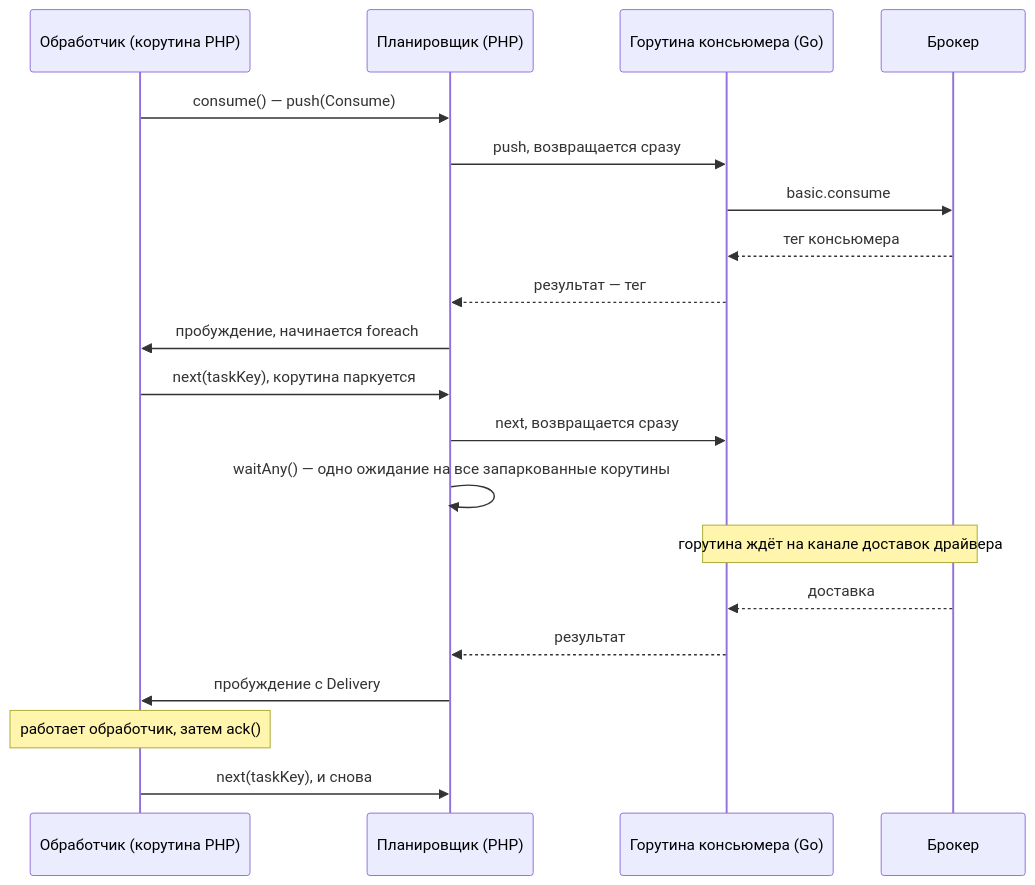
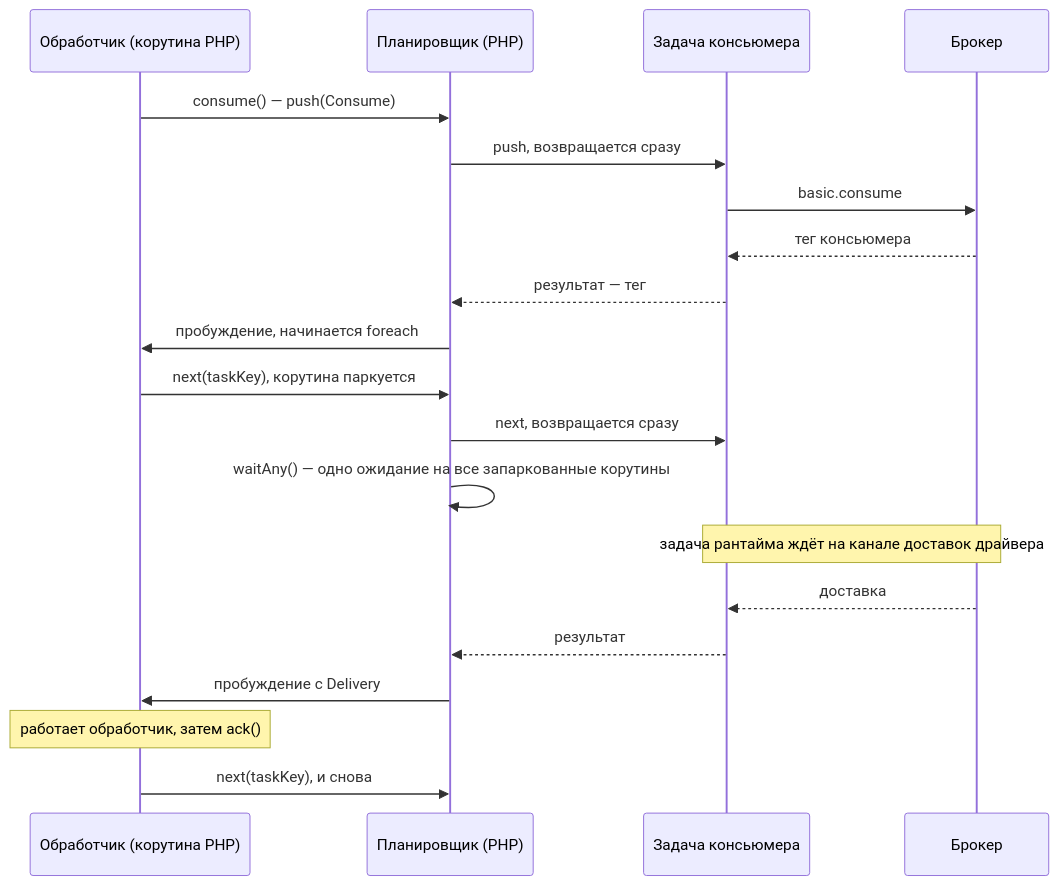
One commit to sprust/sconcur changed the diagram in docs/amqp.ru.md. Above: the diagram before and after it, drawn with Mermaid. The commit also changed other lines of this file and 46 other files, not shown here.

````diff
--- a/docs/amqp.ru.md
+++ b/docs/amqp.ru.md
@@ -408,24 +409,24 @@
 ```mermaid
 sequenceDiagram
     participant H as Обработчик (корутина PHP)
     participant S as Планировщик (PHP)
-    participant G as Горутина консьюмера (Go)
+    participant G as Задача консьюмера
     participant B as Брокер
 
     H->>S: consume() — push(Consume)
     S->>G: push, возвращается сразу
     G->>B: basic.consume
     B-->>G: тег консьюмера
     G-->>S: результат — тег
     S->>H: пробуждение, начинается foreach
 
     H->>S: next(taskKey), корутина паркуется
     S->>G: next, возвращается сразу
     S->>S: waitAny() — одно ожидание на все запаркованные корутины
-    Note over G,B: горутина ждёт на канале доставок драйвера
+    Note over G,B: задача рантайма ждёт на канале доставок драйвера
     B-->>G: доставка
     G-->>S: результат
     S->>H: пробуждение с Delivery
     Note over H: работает обработчик, затем ack()
     H->>S: next(taskKey), и снова
 ```
````
